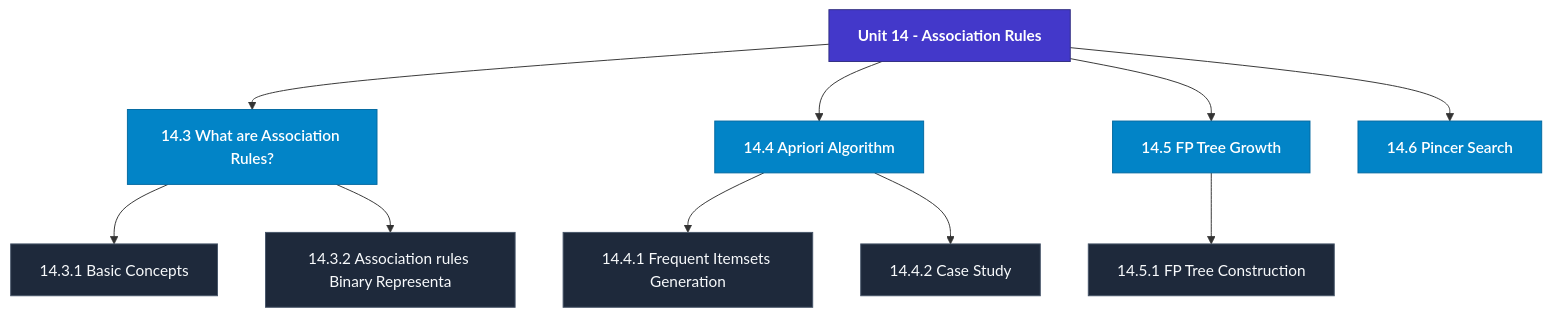
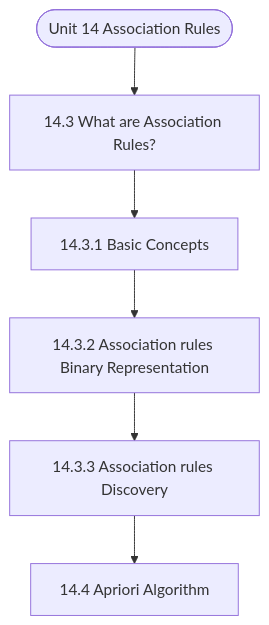
One commit to Asutosh-Coaching/mscdsa changed the diagram in notes/Semester_2/MCS-224_Artificial_Intelligence_&_Machine_Learning/unit_14_Association_Rules.md. Above: the diagram before and after it, drawn with Mermaid. The commit also changed other lines of this file and 115 other files, not shown here.

Commit message:
Fix Mermaid layout for mobile, isolate LaTeX delimiters, and add GitHub Pages reader

````diff
--- a/notes/Semester_2/MCS-224_Artificial_Intelligence_&_Machine_Learning/unit_14_Association_Rules.md
+++ b/notes/Semester_2/MCS-224_Artificial_Intelligence_&_Machine_Learning/unit_14_Association_Rules.md
@@ -19,27 +19,14 @@
 ```mermaid
 flowchart TD
-  %% Styling Definitions
-  classDef head fill:#4338ca,stroke:#312e81,color:#ffffff,font-weight:bold;
-  classDef topic fill:#0284c7,stroke:#0369a1,color:#ffffff,font-weight:600;
-  classDef sub fill:#1e293b,stroke:#475569,color:#f8fafc;
-
-  Root["Unit 14 - Association Rules"]:::head
-  M1["14.3 What are Association Rules?"]:::topic
-  Root --> M1
-  M1_1["14.3.1 Basic Concepts"]:::sub
-  M1 --> M1_1
-  M1_2["14.3.2 Association rules Binary Representa"]:::sub
-  M1 --> M1_2
-  M2["14.4 Apriori Algorithm"]:::topic
-  Root --> M2
-  M2_1["14.4.1 Frequent Itemsets Generation"]:::sub
-  M2 --> M2_1
-  M2_2["14.4.2 Case Study"]:::sub
-  M2 --> M2_2
-  M3["14.5 FP Tree Growth"]:::topic
-  Root --> M3
-  M3_1["14.5.1 FP Tree Construction"]:::sub
-  M3 --> M3_1
-  M4["14.6 Pincer Search"]:::topic
-  Root --> M4
+  Start(["Unit 14 Association Rules"])
+  N1["14.3 What are Association Rules?"]
+  N2["14.3.1 Basic Concepts"]
+  N3["14.3.2 Association rules Binary Representation"]
+  N4["14.3.3 Association rules Discovery"]
+  N5["14.4 Apriori Algorithm"]
+  Start --> N1
+  N1 --> N2
+  N2 --> N3
+  N3 --> N4
+  N4 --> N5
 ```
````
